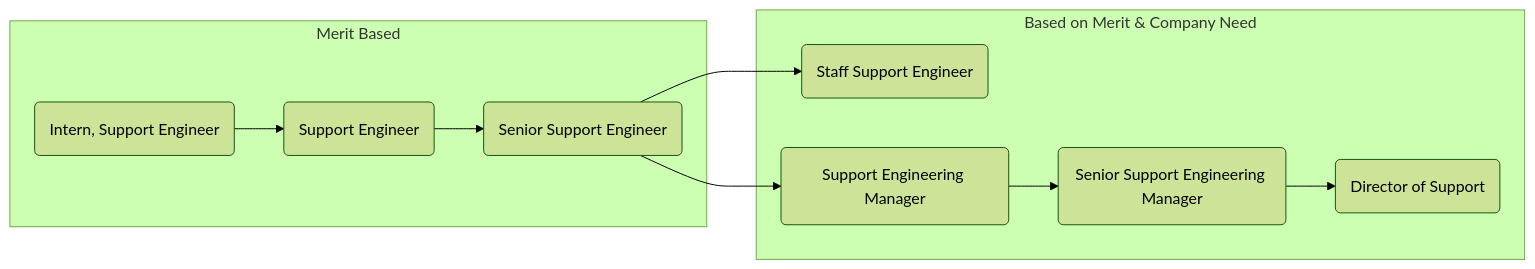
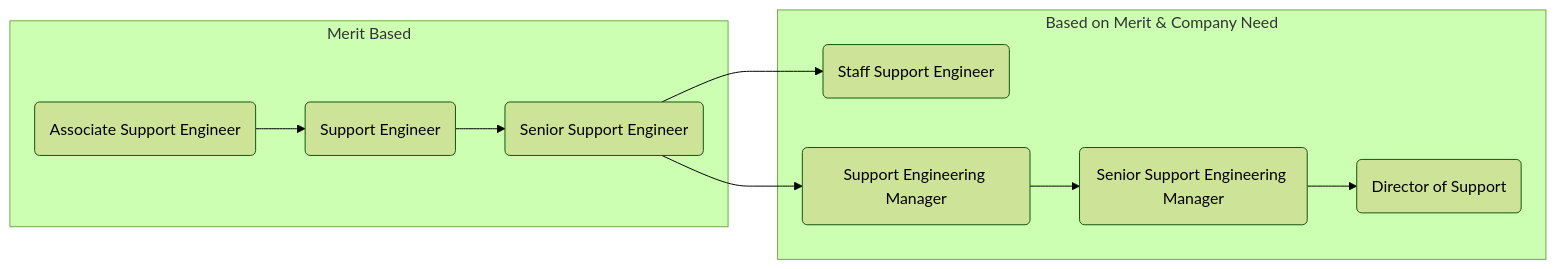
One commit to zalyoung/gitlab-handbook changed the third of 5 diagrams in content/handbook/engineering/careers/_index.md. Above: the diagram before and after it, drawn with Mermaid (forest theme).

Commit message:
Add 'Associate' level, remove 'Intern'

````diff
--- a/content/handbook/engineering/careers/_index.md
+++ b/content/handbook/engineering/careers/_index.md
@@ -308,23 +308,23 @@
 ```mermaid
   graph LR;
 
   subgraph Merit Based
-    supe:si(Intern, Support Engineer)-->supe:se(Support Engineer);
+    supe:sa(Associate Support Engineer)-->supe:se(Support Engineer);
     supe:se(Support Engineer)-->supe:sse(Senior Support Engineer);
   end
 
   subgraph Based on Merit & Company Need
     supe:sse(Senior Support Engineer)-->supe:stse(Staff Support Engineer);
     supe:sse(Senior Support Engineer)-->supe:sem(Support Engineering Manager);
 
     supe:sem(Support Engineering Manager)-->supe:ssem(Senior Support Engineering Manager);
     supe:ssem(Senior Support Engineering Manager)-->supe:ds(Director of Support);
   end
 
   click supe:se "/job-families/engineering/support-engineer#support-engineer";
   click supe:sse "/job-families/engineering/support-engineer#senior-support-engineer";
   click supe:sem "/job-families/engineering/support-management#support-engineering-manager";
   click supe:stse "/job-families/engineering/support-engineer#staff-support-engineer";
   click supe:ssem "/job-families/engineering/support-management/#senior-support-engineering-manager"
   click supe:ds "/job-families/engineering/support-management#director-of-support";
 ```
````
